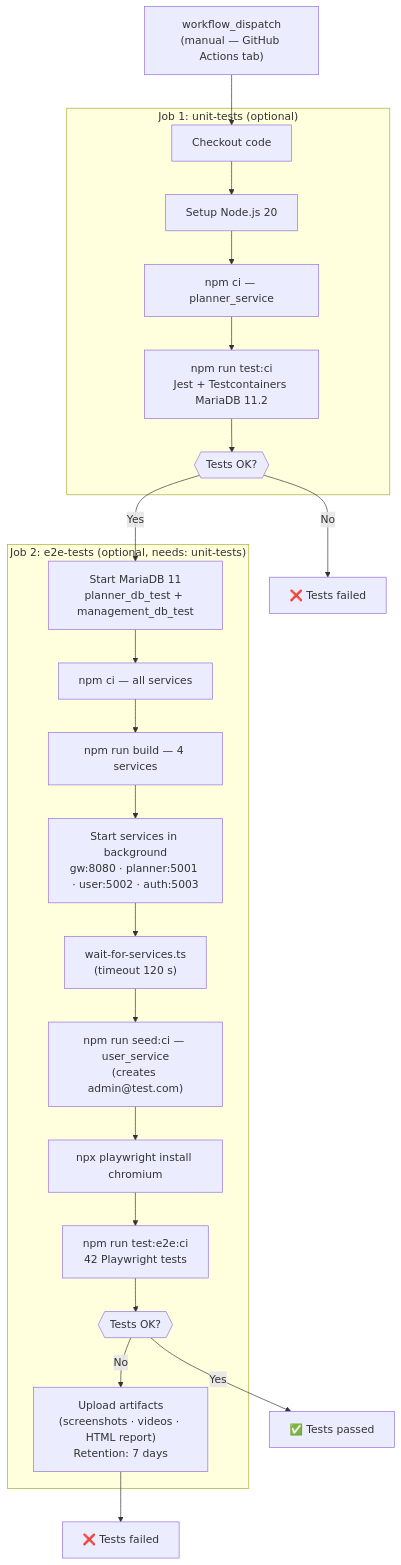
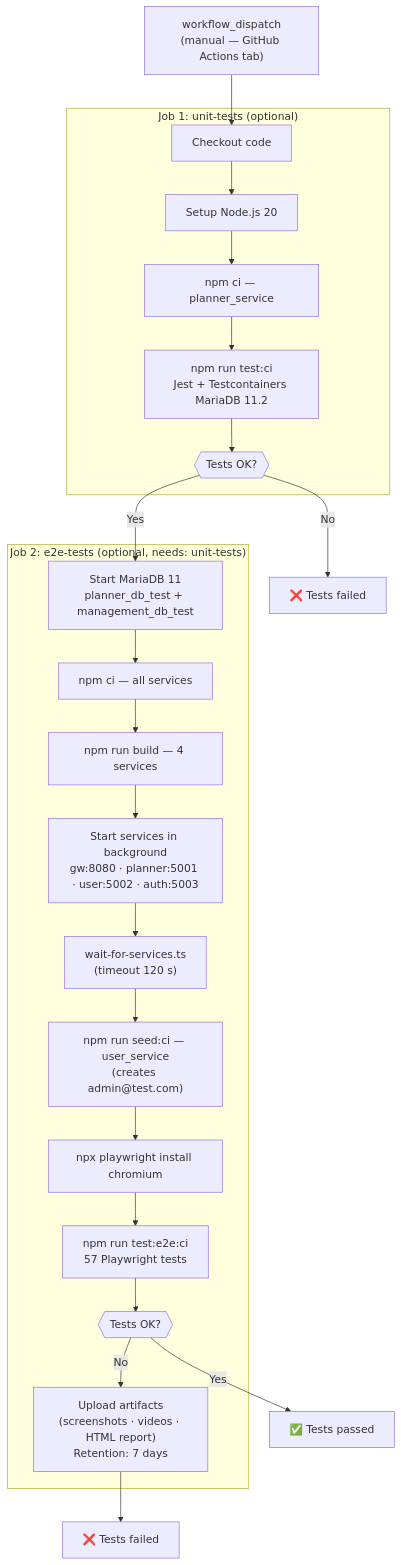
The third of 3 diagrams in docs/capitulo6_implementacion.md (Murias10/TeachingPlanner), drawn with Mermaid before and after one commit. The commit also changed other lines of this file and 4 other files, not shown here.

````diff
--- a/docs/capitulo6_implementacion.md
+++ b/docs/capitulo6_implementacion.md
@@ -614,32 +694,32 @@
 ```mermaid
 flowchart TD
     Dispatch["workflow_dispatch\n(manual — GitHub Actions tab)"]
 
     subgraph "Job 1: unit-tests (optional)"
         U1["Checkout code"]
         U2["Setup Node.js 20"]
         U3["npm ci — planner_service"]
         U4["npm run test:ci\nJest + Testcontainers MariaDB 11.2"]
         U5{{"Tests OK?"}}
     end
 
     subgraph "Job 2: e2e-tests (optional, needs: unit-tests)"
         E1["Start MariaDB 11\nplanner_db_test + management_db_test"]
         E2["npm ci — all services"]
         E3["npm run build — 4 services"]
         E4["Start services in background\ngw:8080 · planner:5001 · user:5002 · auth:5003"]
         E5["wait-for-services.ts\n(timeout 120 s)"]
         E6["npm run seed:ci — user_service\n(creates admin@test.com)"]
         E7["npx playwright install chromium"]
-        E8["npm run test:e2e:ci\n42 Playwright tests"]
+        E8["npm run test:e2e:ci\n57 Playwright tests"]
         E9{{"Tests OK?"}}
         E10["Upload artifacts\n(screenshots · videos · HTML report)\nRetention: 7 days"]
     end
 
     Dispatch --> U1 --> U2 --> U3 --> U4 --> U5
     U5 -->|"Yes"| E1
     U5 -->|"No"| FAIL1["❌ Tests failed"]
     E1 --> E2 --> E3 --> E4 --> E5 --> E6 --> E7 --> E8 --> E9
     E9 -->|"Yes"| OK["✅ Tests passed"]
     E9 -->|"No"| E10 --> FAIL2["❌ Tests failed"]
 ```
````
